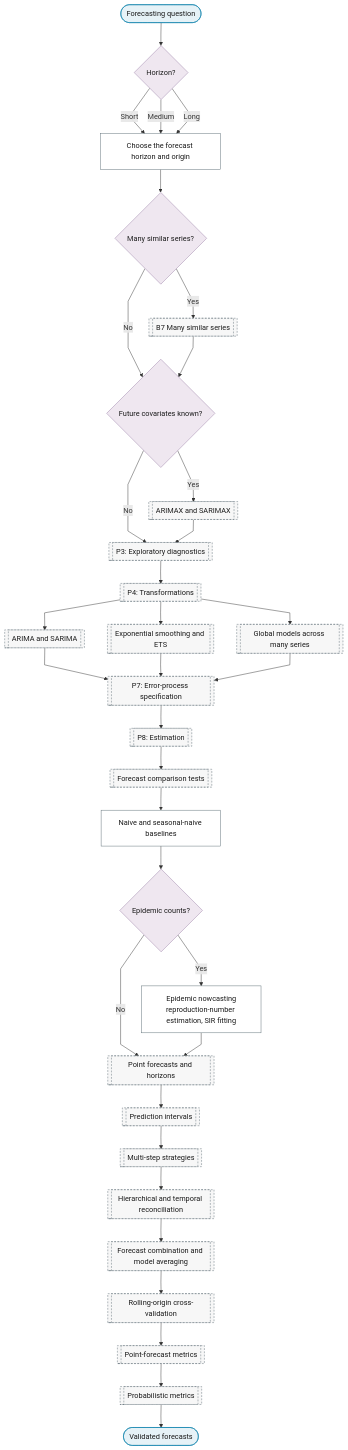
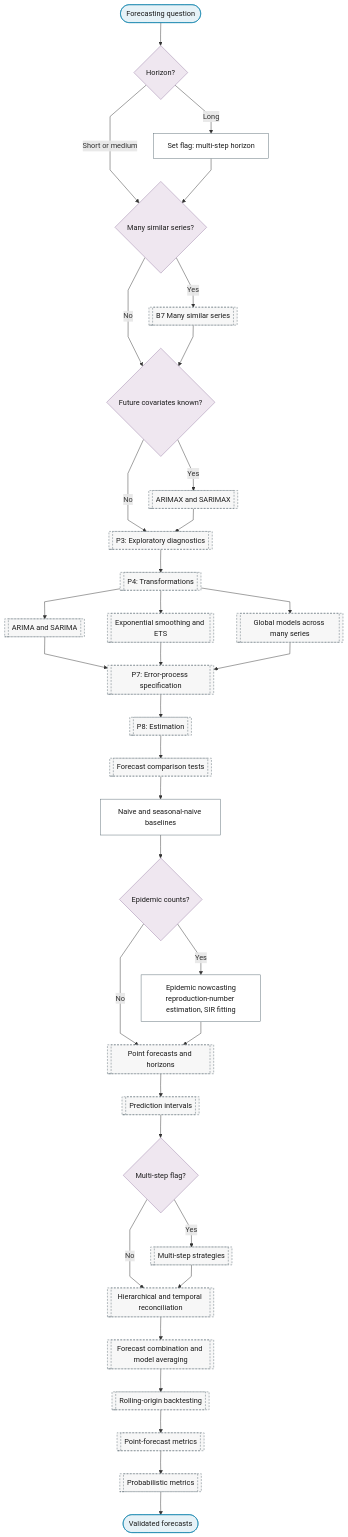
One commit to Shuxin-Y/time-series-analysis-manual changed the diagram in docs/01-workflow/p02-purpose/01-forecasting.md. Above: the diagram before and after it, drawn with Mermaid. The commit also changed 27 other files, not shown here.

First line of the commit message:
fix(flowchart): one method, one leaf

````diff
--- a/docs/01-workflow/p02-purpose/01-forecasting.md
+++ b/docs/01-workflow/p02-purpose/01-forecasting.md
@@ -7,47 +7,48 @@
 ```mermaid
 %%{init: {"flowchart": {"curve": "linear"}}}%%
 graph TD
     P2_FC_IN(["Forecasting question"]) --> P2_FC_HORIZON_Q{"Horizon?"}
-    P2_FC_HORIZON_Q -->|"Short"| P2_FC_HORIZON["Choose the forecast horizon and origin"]
-    P2_FC_HORIZON_Q -->|"Medium"| P2_FC_HORIZON
-    P2_FC_HORIZON_Q -->|"Long"| P2_FC_HORIZON
-    P2_FC_HORIZON --> P2_FC_MANY{"Many similar series?"}
+    P2_FC_HORIZON_Q -->|"Short or medium"| P2_FC_MANY
+    P2_FC_HORIZON_Q -->|"Long"| P2_FC_LONG_FLAG["Set flag: multi-step horizon"]
+    P2_FC_LONG_FLAG --> P2_FC_MANY{"Many similar series?"}
     P2_FC_MANY -->|"Yes"| B7[["B7 Many similar series"]]
     P2_FC_MANY -->|"No"| P2_FC_EXOG
     B7 --> P2_FC_EXOG{"Future covariates known?"}
     P2_FC_EXOG -->|"Yes"| P6_ARIMAX[["ARIMAX and SARIMAX"]]
     P2_FC_EXOG -->|"No"| P3[["P3: Exploratory diagnostics"]]
     P6_ARIMAX --> P3
     P3 --> P4[["P4: Transformations"]]
     P4 --> P6_ARIMA_SARIMA[["ARIMA and SARIMA"]]
     P4 --> P6_ETS[["Exponential smoothing and ETS"]]
     P4 --> P6_GLOBAL_MODELS[["Global models across many series"]]
     P6_ARIMA_SARIMA & P6_ETS & P6_GLOBAL_MODELS --> P7[["P7: Error-process specification"]]
     P7 --> P8[["P8: Estimation"]]
     P8 --> P9_FORECAST_COMPARISON[["Forecast comparison tests"]]
     P9_FORECAST_COMPARISON --> P2_FC_BASELINES["Naive and seasonal-naive baselines"]
     P2_FC_BASELINES --> P2_FC_DOMAIN{"Epidemic counts?"}
     P2_FC_DOMAIN -->|"Yes"| P2_FC_EPIDEMIC["Epidemic nowcasting<br/>reproduction-number estimation, SIR fitting"]
     P2_FC_DOMAIN -->|"No"| P10_POINT_FORECASTS
     P2_FC_EPIDEMIC --> P10_POINT_FORECASTS[["Point forecasts and horizons"]]
     P10_POINT_FORECASTS --> P10_INTERVALS[["Prediction intervals"]]
-    P10_INTERVALS --> P10_MULTISTEP[["Multi-step strategies"]]
+    P10_INTERVALS --> P2_FC_STEPS{"Multi-step flag?"}
+    P2_FC_STEPS -->|"Yes"| P10_MULTISTEP[["Multi-step strategies"]]
+    P2_FC_STEPS -->|"No"| P10_RECONCILIATION
     P10_MULTISTEP --> P10_RECONCILIATION[["Hierarchical and temporal reconciliation"]]
     P10_RECONCILIATION --> P10_COMBINATION[["Forecast combination and model averaging"]]
-    P10_COMBINATION --> P11_ROLLING_ORIGIN[["Rolling-origin cross-validation"]]
+    P10_COMBINATION --> P11_ROLLING_ORIGIN[["Rolling-origin backtesting"]]
     P11_ROLLING_ORIGIN --> P11_POINT_METRICS[["Point-forecast metrics"]]
     P11_POINT_METRICS --> P11_PROBABILISTIC_METRICS[["Probabilistic metrics"]]
     P11_PROBABILISTIC_METRICS --> P2_FC_OUT(["Validated forecasts"])
     class P2_FC_IN,P2_FC_OUT terminator
-    class P2_FC_HORIZON_Q,P2_FC_MANY,P2_FC_EXOG,P2_FC_DOMAIN decision
-    class P2_FC_HORIZON,P2_FC_BASELINES,P2_FC_EPIDEMIC process
+    class P2_FC_HORIZON_Q,P2_FC_MANY,P2_FC_EXOG,P2_FC_DOMAIN,P2_FC_STEPS decision
+    class P2_FC_LONG_FLAG,P2_FC_BASELINES,P2_FC_EPIDEMIC process
     class B7,P6_ARIMAX,P3,P4,P6_ARIMA_SARIMA,P6_ETS,P6_GLOBAL_MODELS,P7,P8,P9_FORECAST_COMPARISON,P10_POINT_FORECASTS,P10_INTERVALS,P10_MULTISTEP,P10_RECONCILIATION,P10_COMBINATION,P11_ROLLING_ORIGIN,P11_POINT_METRICS,P11_PROBABILISTIC_METRICS ref
     classDef terminator fill:#E6F2F7,stroke:#007BA7,color:#1A1A1A;
     classDef process fill:#FFFFFF,stroke:#5A6B73,color:#1A1A1A;
     classDef decision fill:#EFE7F0,stroke:#9B7FA7,color:#1A1A1A;
     classDef data fill:#FFF4E0,stroke:#C9A55E,color:#1A1A1A;
     classDef good fill:#DCEFD8,stroke:#4A7A3F,color:#1A1A1A;
     classDef escalate fill:#FFE9C2,stroke:#C9A55E,color:#1A1A1A;
     classDef problem fill:#F2D9DE,stroke:#800020,color:#1A1A1A;
     classDef ref fill:#F7F7F7,stroke:#5A6B73,color:#1A1A1A,stroke-dasharray:4 3;
 ```
````
